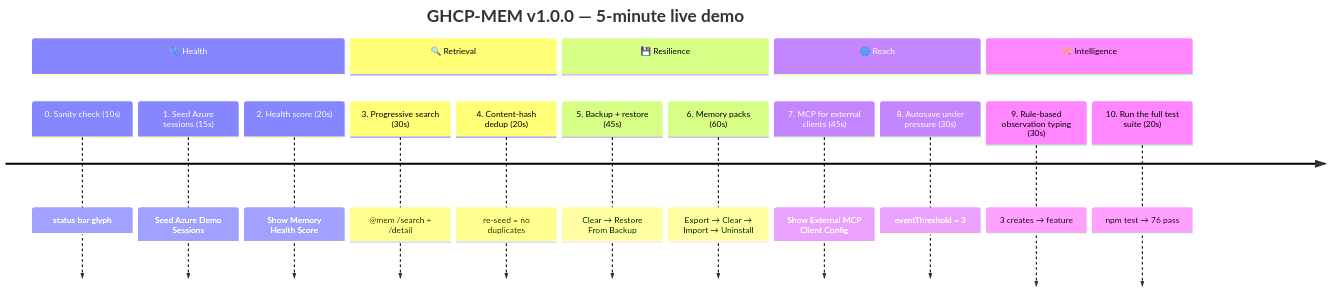
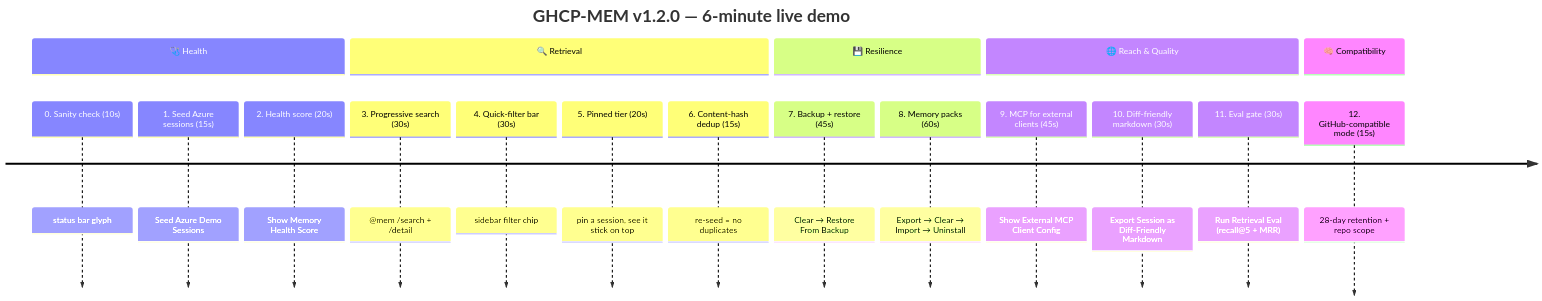
The first of 5 diagrams in docs/DEMO.md (Oluseyi-Kofoworola/ghcp-mem), drawn with Mermaid before and after one commit. The commit also changed other lines of this file and 1 other file, not shown here.

````diff
--- a/docs/DEMO.md
+++ b/docs/DEMO.md
@@ -20,20 +20,22 @@
 ```mermaid
 timeline
-    title GHCP-MEM v1.0.0 — 5-minute live demo
+    title GHCP-MEM v1.2.0 — 6-minute live demo
     section 🩺 Health
-        0. Sanity check (10s)           : status bar glyph
-        1. Seed Azure sessions (15s)    : Seed Azure Demo Sessions
-        2. Health score (20s)           : Show Memory Health Score
+        0. Sanity check (10s)              : status bar glyph
+        1. Seed Azure sessions (15s)       : Seed Azure Demo Sessions
+        2. Health score (20s)              : Show Memory Health Score
     section 🔍 Retrieval
-        3. Progressive search (30s)     : @mem /search + /detail
-        4. Content-hash dedup (20s)     : re-seed = no duplicates
+        3. Progressive search (30s)        : @mem /search + /detail
+        4. Quick-filter bar (30s)          : sidebar filter chip
+        5. Pinned tier (20s)               : pin a session, see it stick on top
+        6. Content-hash dedup (15s)        : re-seed = no duplicates
     section 💾 Resilience
-        5. Backup + restore (45s)       : Clear → Restore From Backup
-        6. Memory packs (60s)           : Export → Clear → Import → Uninstall
-    section 🌐 Reach
-        7. MCP for external clients (45s) : Show External MCP Client Config
-        8. Autosave under pressure (30s)  : eventThreshold = 3
-    section 🧠 Intelligence
-        9. Rule-based observation typing (30s) : 3 creates → feature
-        10. Run the full test suite (20s)       : npm test → 76 pass
+        7. Backup + restore (45s)          : Clear → Restore From Backup
+        8. Memory packs (60s)              : Export → Clear → Import → Uninstall
+    section 🌐 Reach & Quality
+        9. MCP for external clients (45s)  : Show External MCP Client Config
+        10. Diff-friendly markdown (30s)   : Export Session as Diff-Friendly Markdown
+        11. Eval gate (30s)                : Run Retrieval Eval (recall@5 + MRR)
+    section 🧠 Compatibility
+        12. GitHub-compatible mode (15s)   : 28-day retention + repo scope
 ```
````
